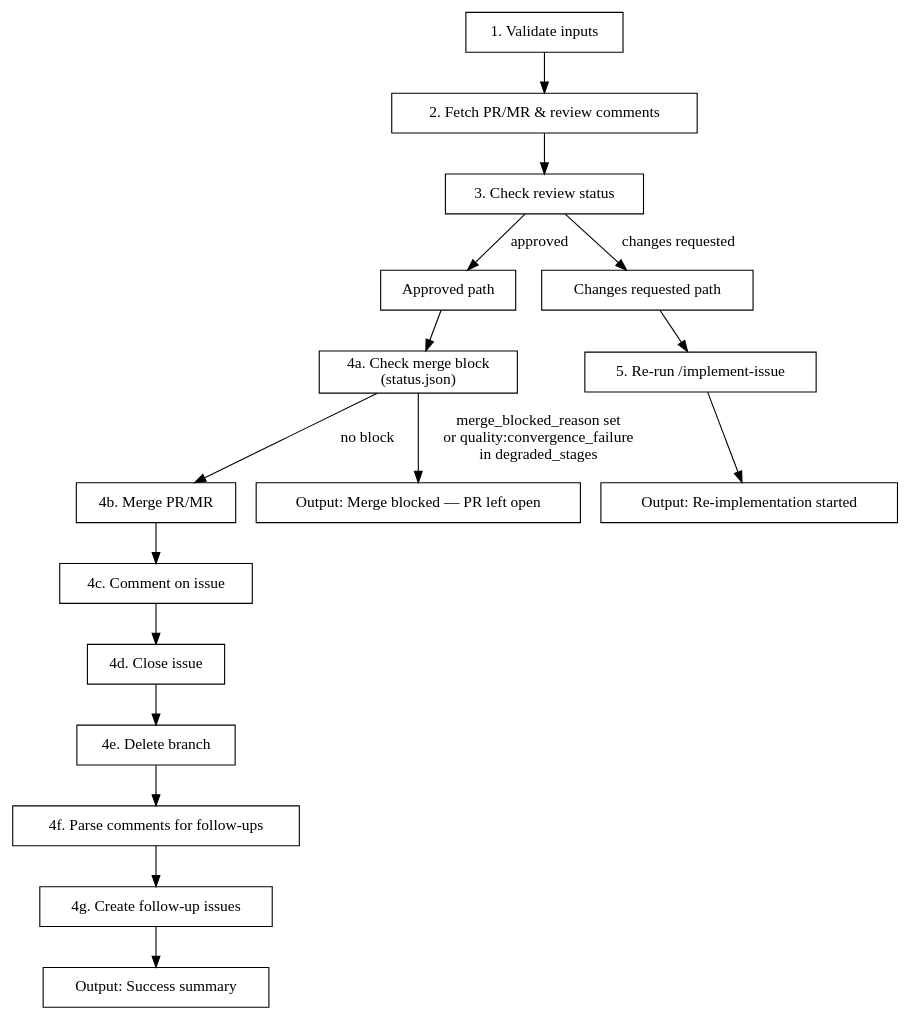
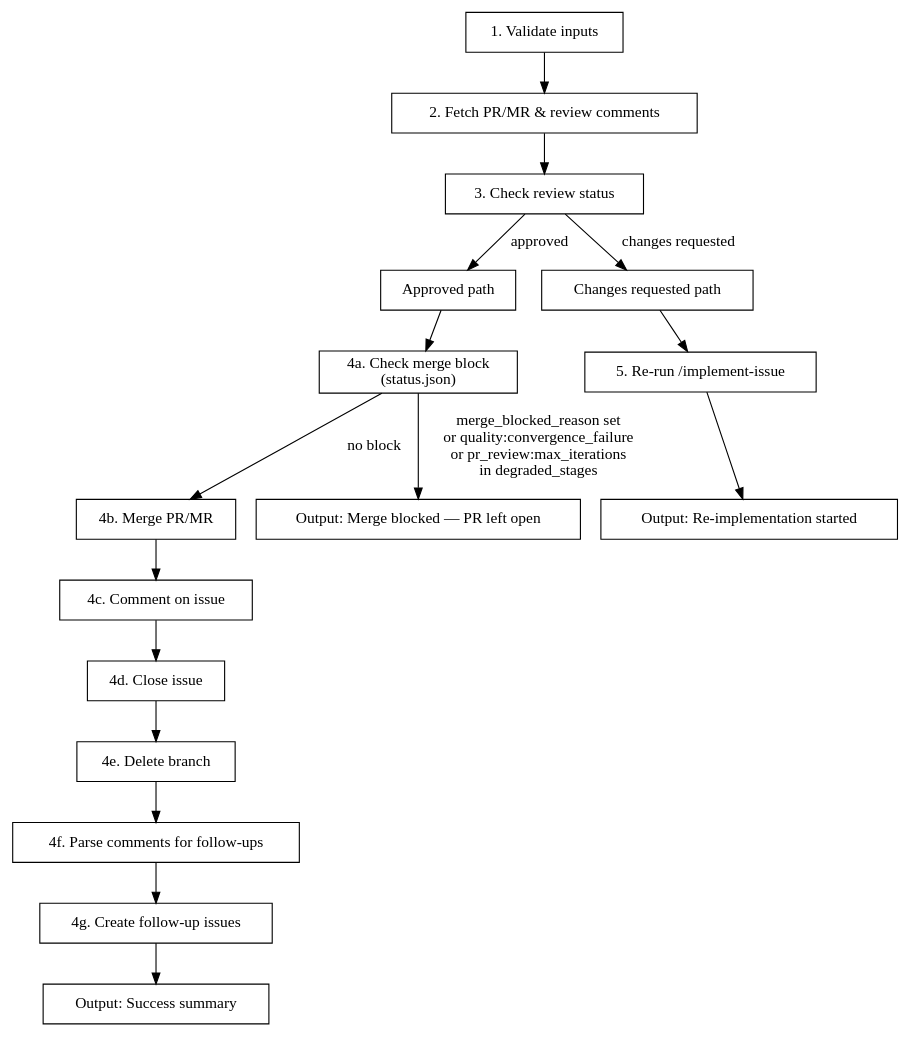
One commit to stevegrocott/claude-pipeline changed the diagram in plugins/pipeline-core/skills/process-pr/SKILL.md. Above: the diagram before and after it, drawn with Graphviz. The commit also changed other lines of this file and 1 other file, not shown here.

First line of the commit message:
fix(process-pr): block merge on pr_review:max_iterations, not just convergence_failure (#594)

````diff
--- a/plugins/pipeline-core/skills/process-pr/SKILL.md
+++ b/plugins/pipeline-core/skills/process-pr/SKILL.md
@@ -64,37 +64,37 @@
 ```dot
 digraph process_pr {
     rankdir=TB;
     node [shape=box];
 
     validate [label="1. Validate inputs"];
     fetch [label="2. Fetch PR/MR & review comments"];
     check [label="3. Check review status"];
 
     approved [label="Approved path"];
     changes [label="Changes requested path"];
 
     check_block [label="4a. Check merge block\n(status.json)"];
     merge [label="4b. Merge PR/MR"];
     comment [label="4c. Comment on issue"];
     close [label="4d. Close issue"];
     delete [label="4e. Delete branch"];
     parse [label="4f. Parse comments for follow-ups"];
     create_issues [label="4g. Create follow-up issues"];
 
     rerun [label="5. Re-run /implement-issue"];
 
     output_success [label="Output: Success summary"];
     output_blocked [label="Output: Merge blocked — PR left open"];
     output_rerun [label="Output: Re-implementation started"];
 
     validate -> fetch -> check;
     check -> approved [label="approved"];
     check -> changes [label="changes requested"];
 
     approved -> check_block;
     check_block -> merge [label="no block"];
-    check_block -> output_blocked [label="merge_blocked_reason set\nor quality:convergence_failure\nin degraded_stages"];
+    check_block -> output_blocked [label="merge_blocked_reason set\nor quality:convergence_failure\nor pr_review:max_iterations\nin degraded_stages"];
     merge -> comment -> close -> delete -> parse -> create_issues -> output_success;
     changes -> rerun -> output_rerun;
 }
 ```
````
